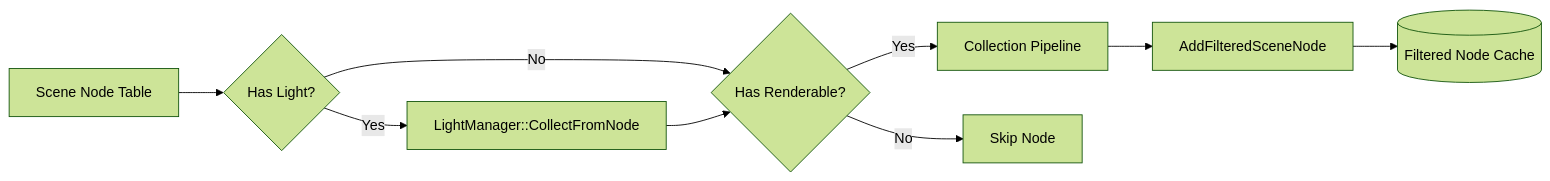
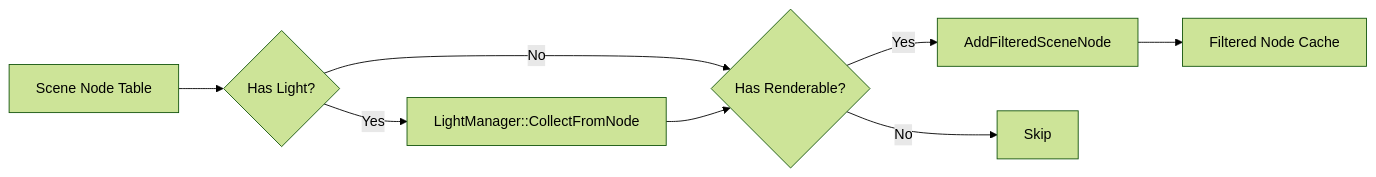
Before and after one commit to abdes/DroidNet: the second of 7 diagrams in projects/Oxygen.Engine/src/Oxygen/Renderer/Docs/passes/data_flow.md, drawn with Mermaid (forest theme). The commit also changed other lines of this file and 1 other file, not shown here.

````diff
--- a/projects/Oxygen.Engine/src/Oxygen/Renderer/Docs/passes/data_flow.md
+++ b/projects/Oxygen.Engine/src/Oxygen/Renderer/Docs/passes/data_flow.md
@@ -91,11 +122,10 @@
 ```mermaid
-graph LR
-    SceneNodes[Scene Node Table] --> LightCheck{Has Light?}
-    LightCheck -->|Yes| LightMgr[LightManager::CollectFromNode]
-    LightCheck -->|No| RenderCheck{Has Renderable?}
-    LightMgr --> RenderCheck
-    RenderCheck -->|Yes| Pipeline[Collection Pipeline]
-    RenderCheck -->|No| Skip[Skip Node]
-    Pipeline --> Filter[AddFilteredSceneNode]
-    Filter --> Cache[(Filtered Node Cache)]
+flowchart LR
+    Nodes[Scene Node Table] --> LightQ{Has Light?}
+    LightQ -->|Yes| LightMgr["LightManager::CollectFromNode"]
+    LightQ -->|No| RenderQ{Has Renderable?}
+    LightMgr --> RenderQ
+    RenderQ -->|Yes| Filter["AddFilteredSceneNode"]
+    RenderQ -->|No| Skip[Skip]
+    Filter --> Cache["Filtered Node Cache"]
 ```
````
